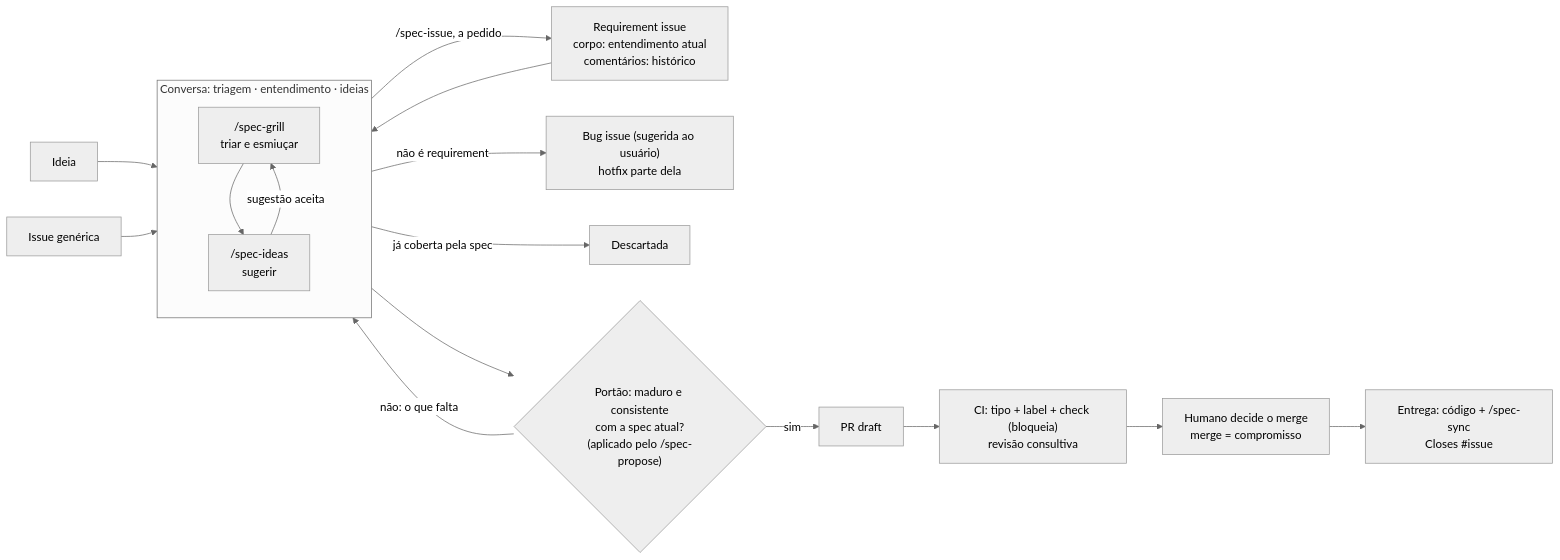
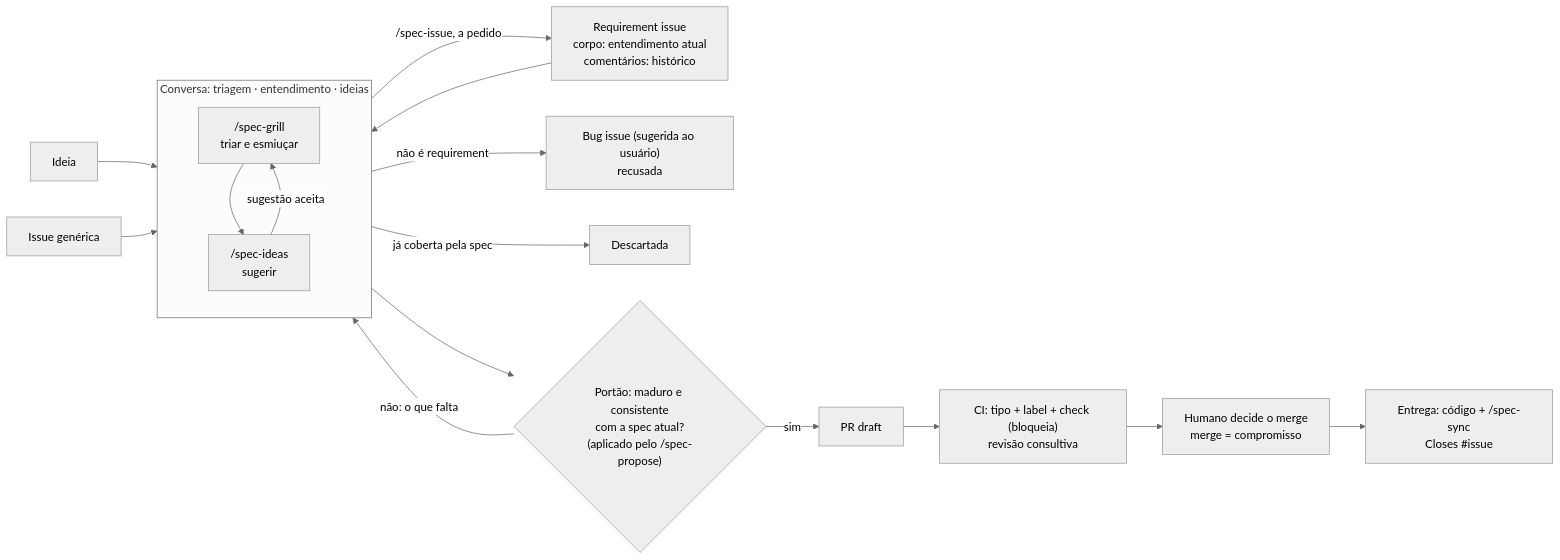
One commit to useful-toys/Tabularium changed the third of 4 diagrams in tabularium-docs/spec-flow.md. Above: the diagram before and after it, drawn with Mermaid (neutral theme). The commit also changed other lines of this file and 16 other files, not shown here.

````diff
--- a/tabularium-docs/spec-flow.md
+++ b/tabularium-docs/spec-flow.md
@@ -211,17 +212,17 @@
 ```mermaid
 flowchart LR
   ID["Ideia"] --> C
   IS["Issue genérica"] --> C
   RI["Requirement issue<br/>corpo: entendimento atual<br/>comentários: histórico"] --> C
   subgraph C["Conversa: triagem · entendimento · ideias"]
     G1["/spec-grill<br/>triar e esmiuçar"] --> D["/spec-ideas<br/>sugerir"]
     D -- sugestão aceita --> G1
   end
   C -- "/spec-issue, a pedido" --> RI
-  C -- "não é requirement" --> B["Bug issue (sugerida ao usuário)<br/>hotfix parte dela"]
+  C -- "não é requirement" --> B["Bug issue (sugerida ao usuário)<br/>recusada"]
   C -- "já coberta pela spec" --> X["Descartada"]
   C --> G{"Portão: maduro e consistente<br/>com a spec atual?<br/>(aplicado pelo /spec-propose)"}
   G -- "não: o que falta" --> C
   G -- sim --> P["PR draft"]
   P --> R["CI: tipo + label + check (bloqueia)<br/>revisão consultiva"] --> A["Humano decide o merge<br/>merge = compromisso"] --> E["Entrega: código + /spec-sync<br/>Closes #issue"]
 ```
````
